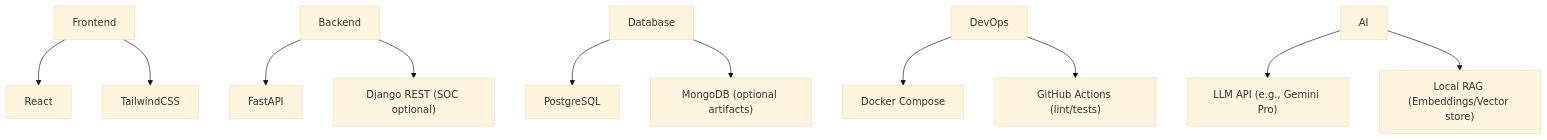
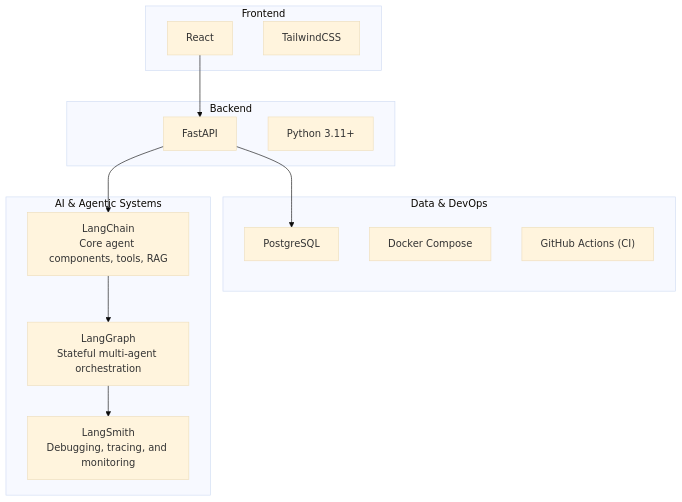
Before and after one commit to mahmoud01277599066-design/Advanced-Cybersecurity-Intelligence-Platform-v1: the tenth of 13 diagrams in 0 - Proposal.md, drawn with Mermaid (base theme). The commit also changed other lines of this file, not shown here.

````diff
--- a/0 - Proposal.md
+++ b/0 - Proposal.md
@@ -162,19 +316,30 @@
 ```mermaid
 graph TD
-  FE[Frontend] --> FE1[React]
-  FE --> FE2[TailwindCSS]
+    subgraph "Frontend"
+        FE1[React]
+        FE2[TailwindCSS]
+    end
 
-  BE[Backend] --> BE1[FastAPI]
-  BE --> BE2["Django REST (SOC optional)"]
+    subgraph "Backend"
+        BE1[FastAPI]
+        BE2[Python 3.11+]
+    end
 
-  DATA[Database] --> D1[PostgreSQL]
-  DATA --> D2["MongoDB (optional artifacts)"]
+    subgraph "Data & DevOps"
+        D1[PostgreSQL]
+        DO1["Docker Compose"]
+        DO2["GitHub Actions (CI)"]
+    end
 
-  DEVOPS[DevOps] --> DO1["Docker Compose"]
-  DEVOPS --> DO2["GitHub Actions (lint/tests)"]
+    subgraph "AI & Agentic Systems"
+        AI1["LangChain<br>Core agent components, tools, RAG"]
+        AI2["LangGraph<br>Stateful multi-agent orchestration"]
+        AI3["LangSmith<br>Debugging, tracing, and monitoring"]
+    end
 
-  AI[AI] --> AI1["LLM API (e.g., Gemini Pro)"]
-  AI --> AI2["Local RAG (Embeddings/Vector store)"]
-
-
+    FE1 --> BE1
+    BE1 --> D1
+    BE1 --> AI1
+    AI1 --> AI2
+    AI2 --> AI3
 ```
````
